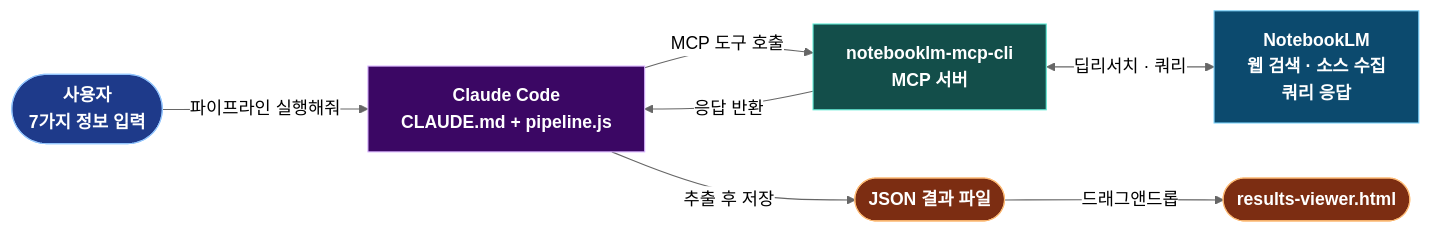
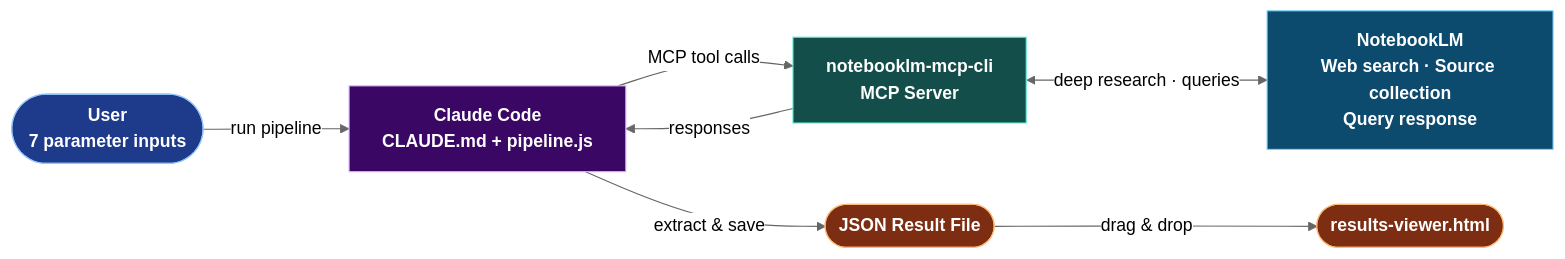
The second of 2 diagrams in PIPELINE_README.md (dudtjq414/matdb-builder), drawn with Mermaid (neutral theme) before and after one commit. The commit also changed other lines of this file and 2 other files, not shown here.

First line of the commit message:
docs: 영어 지원 추가 — 다이어그램 영어 전환 및 bilingual 문서화

````diff
--- a/PIPELINE_README.md
+++ b/PIPELINE_README.md
@@ -70,22 +70,22 @@
 ```mermaid
 flowchart LR
     classDef userC fill:#1e3a8a,stroke:#93c5fd,color:#fff,font-weight:bold
     classDef ccC   fill:#3b0764,stroke:#d8b4fe,color:#fff,font-weight:bold
     classDef mcpC  fill:#134e4a,stroke:#5eead4,color:#fff,font-weight:bold
     classDef nlmC  fill:#0c4a6e,stroke:#7dd3fc,color:#fff,font-weight:bold
     classDef outC  fill:#7c2d12,stroke:#fdba74,color:#fff,font-weight:bold
 
-    USER(["사용자\n7가지 정보 입력"]):::userC
+    USER(["User\n7 parameter inputs"]):::userC
     CC["Claude Code\nCLAUDE.md + pipeline.js"]:::ccC
-    MCP["notebooklm-mcp-cli\nMCP 서버"]:::mcpC
-    NLM["NotebookLM\n웹 검색 · 소스 수집\n쿼리 응답"]:::nlmC
-    JSON(["JSON 결과 파일"]):::outC
+    MCP["notebooklm-mcp-cli\nMCP Server"]:::mcpC
+    NLM["NotebookLM\nWeb search · Source collection\nQuery response"]:::nlmC
+    JSON(["JSON Result File"]):::outC
     VIEWER(["results-viewer.html"]):::outC
 
-    USER -->|"파이프라인 실행해줘"| CC
-    CC -->|"MCP 도구 호출"| MCP
-    MCP <-->|"딥리서치 · 쿼리"| NLM
-    MCP -->|"응답 반환"| CC
-    CC -->|"추출 후 저장"| JSON
-    JSON -->|"드래그앤드롭"| VIEWER
+    USER -->|"run pipeline"| CC
+    CC -->|"MCP tool calls"| MCP
+    MCP <-->|"deep research · queries"| NLM
+    MCP -->|"responses"| CC
+    CC -->|"extract & save"| JSON
+    JSON -->|"drag & drop"| VIEWER
 ```
````
